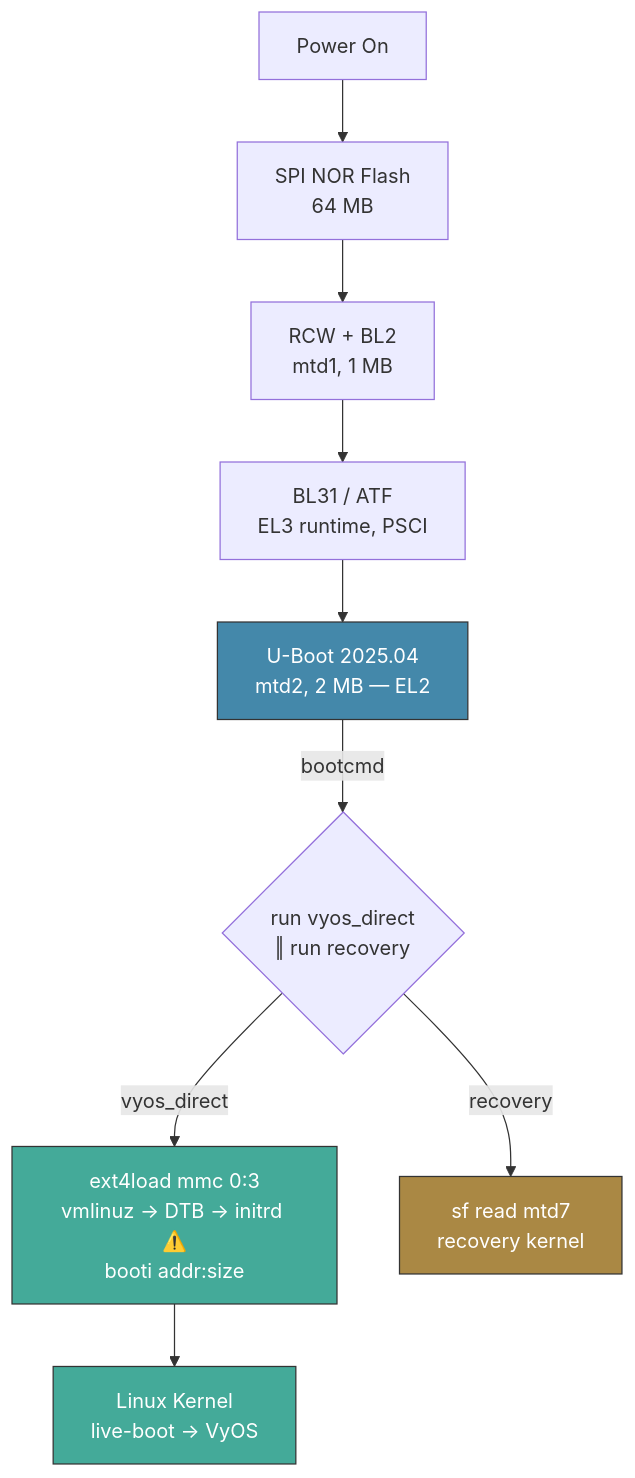
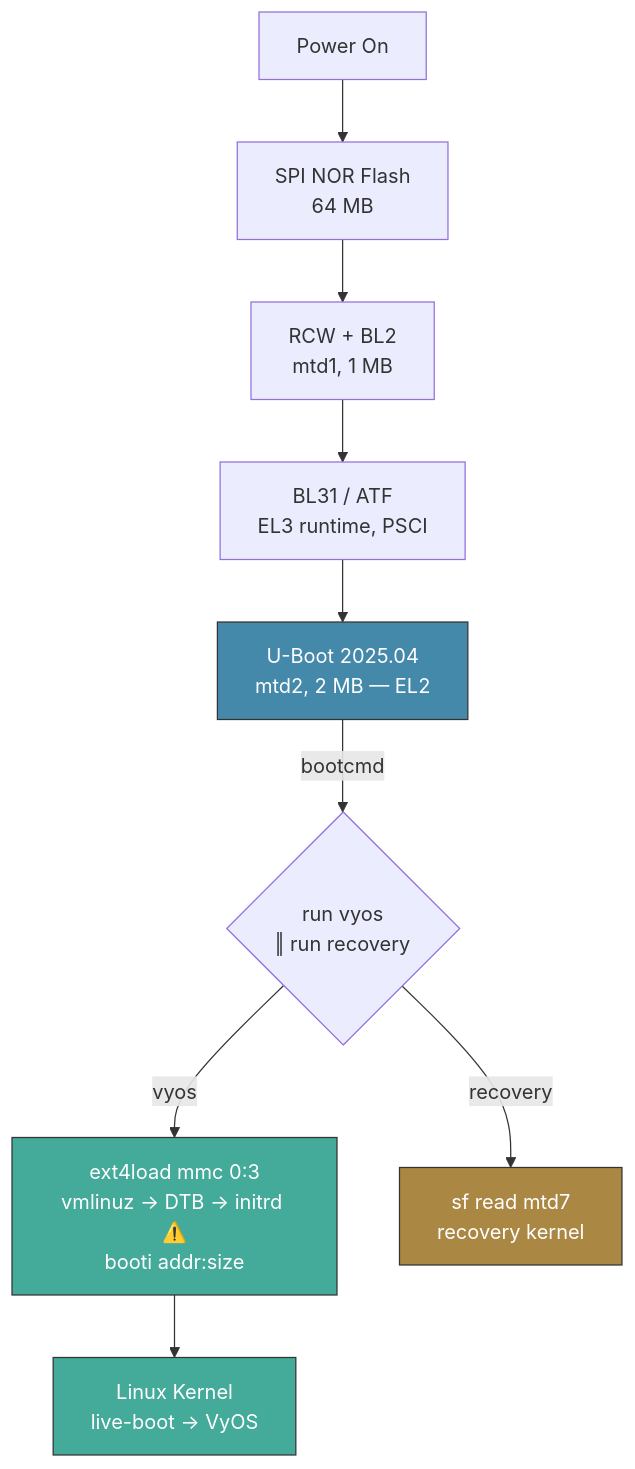
Before and after one commit to Daegara/vyos-ls1046a-build: the fourth of 7 diagrams in plans/PORTING.md, drawn with Mermaid. The commit also changed other lines of this file and 9 other files, not shown here.

````diff
--- a/plans/PORTING.md
+++ b/plans/PORTING.md
@@ -372,17 +372,17 @@
 ```mermaid
 flowchart TD
   PO["Power On"] --> NOR["SPI NOR Flash\n64 MB"]
   NOR --> RCW["RCW + BL2\nmtd1, 1 MB"]
   RCW --> ATF["BL31 / ATF\nEL3 runtime, PSCI"]
   ATF --> UB["U-Boot 2025.04\nmtd2, 2 MB — EL2"]
 
-  UB -->|"bootcmd"| CMD{"run vyos_direct\n‖ run recovery"}
-  CMD -->|"vyos_direct"| VYOS["ext4load mmc 0:3\nvmlinuz → DTB → initrd ⚠️\nbooti addr:size"]
+  UB -->|"bootcmd"| CMD{"run vyos\n‖ run recovery"}
+  CMD -->|"vyos"| VYOS["ext4load mmc 0:3\nvmlinuz → DTB → initrd ⚠️\nbooti addr:size"]
   CMD -->|"recovery"| REC["sf read mtd7\nrecovery kernel"]
   VYOS --> BOOT["Linux Kernel\nlive-boot → VyOS"]
 
   style UB fill:#48a,stroke:#333,color:#fff
   style VYOS fill:#4a9,stroke:#333,color:#fff
   style REC fill:#a84,stroke:#333,color:#fff
   style BOOT fill:#4a9,stroke:#333,color:#fff
 ```
````
